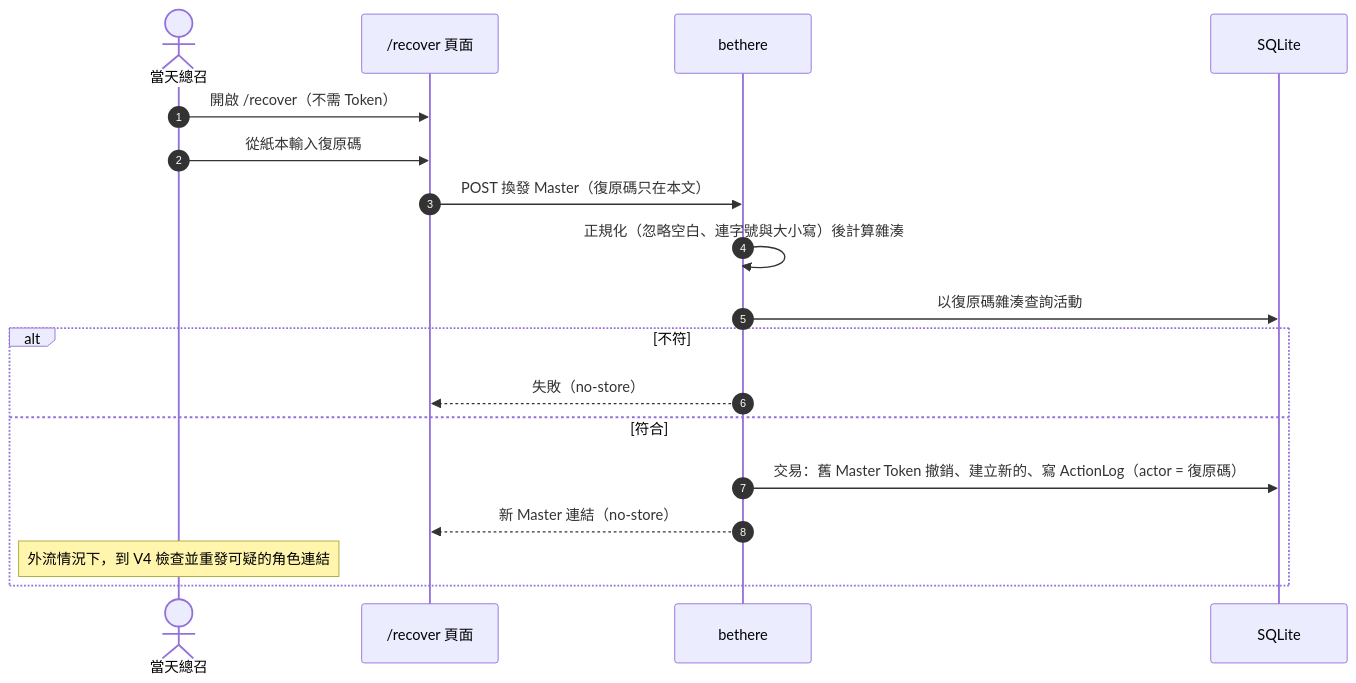
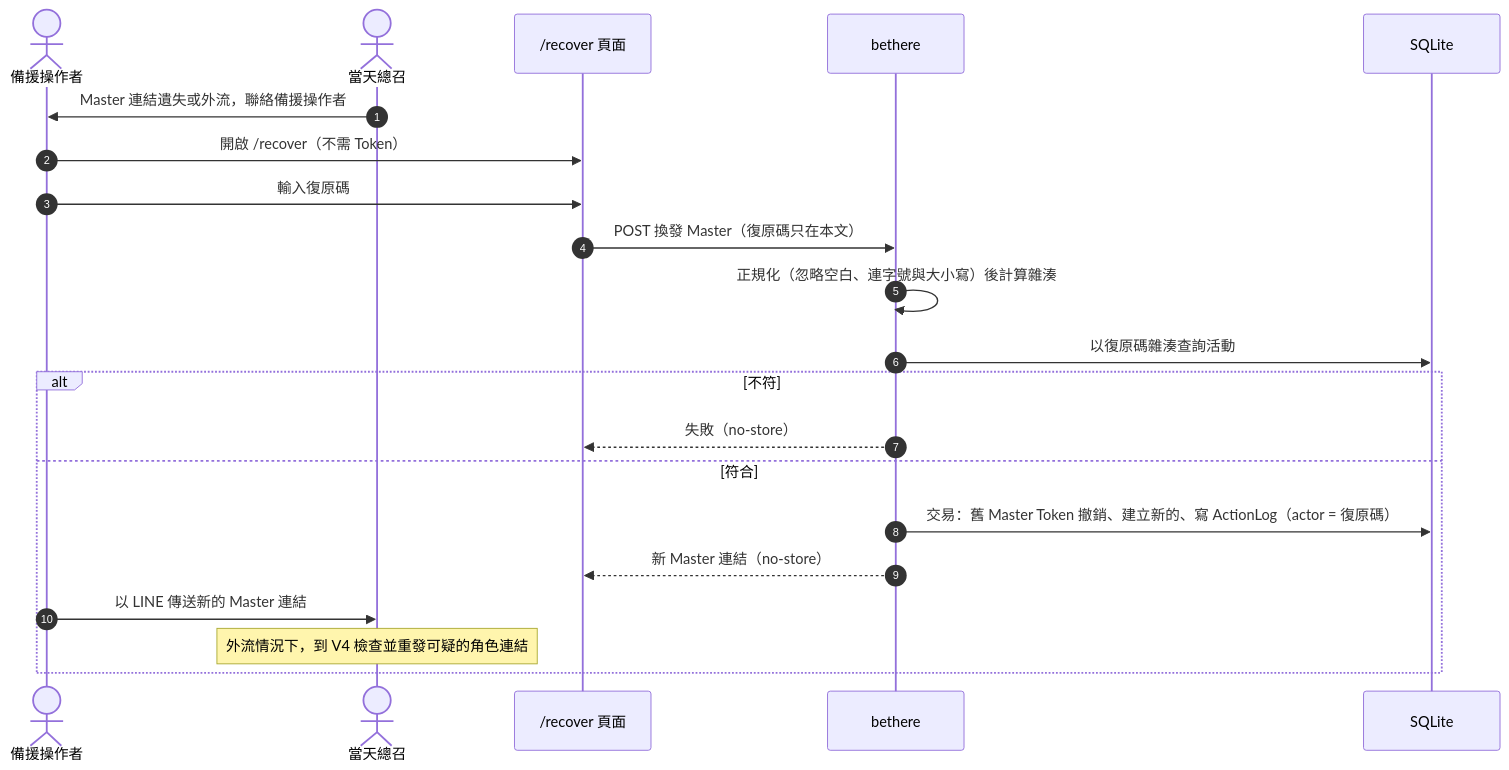
One commit to BensonPigo/bethere changed the fifth of 7 diagrams in docs/architecture/runtime-views.md. Above: the diagram before and after it, drawn with Mermaid. The commit also changed other lines of this file and 9 other files, not shown here.

````diff
--- a/docs/architecture/runtime-views.md
+++ b/docs/architecture/runtime-views.md
@@ -137,21 +137,24 @@
 ```mermaid
 sequenceDiagram
     autonumber
+    actor O as 備援操作者
     actor M as 當天總召
     participant B as /recover 頁面
     participant S as bethere
     participant D as SQLite
 
-    M->>B: 開啟 /recover（不需 Token）
-    M->>B: 從紙本輸入復原碼
+    M->>O: Master 連結遺失或外流，聯絡備援操作者
+    O->>B: 開啟 /recover（不需 Token）
+    O->>B: 輸入復原碼
     B->>S: POST 換發 Master（復原碼只在本文）
     S->>S: 正規化（忽略空白、連字號與大小寫）後計算雜湊
     S->>D: 以復原碼雜湊查詢活動
     alt 不符
         S-->>B: 失敗（no-store）
     else 符合
         S->>D: 交易：舊 Master Token 撤銷、建立新的、寫 ActionLog（actor = 復原碼）
         S-->>B: 新 Master 連結（no-store）
+        O->>M: 以 LINE 傳送新的 Master 連結
         Note over M: 外流情況下，到 V4 檢查並重發可疑的角色連結
     end
 ```
````
